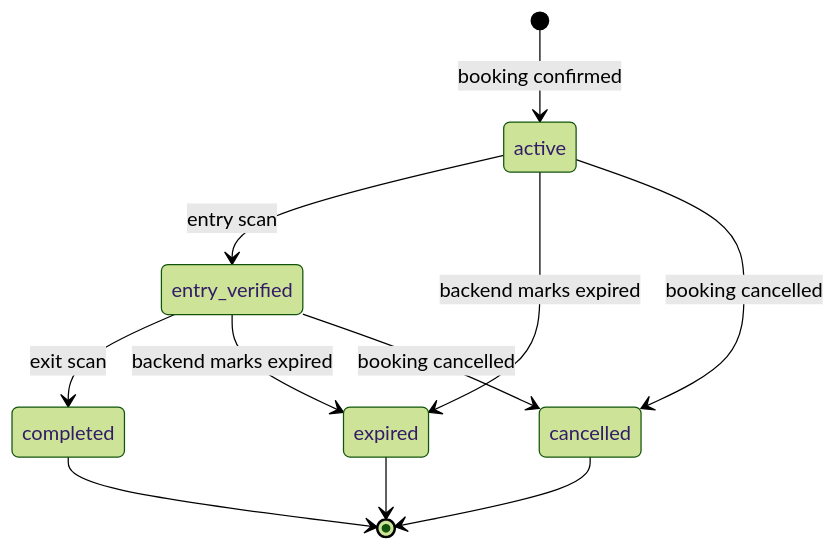
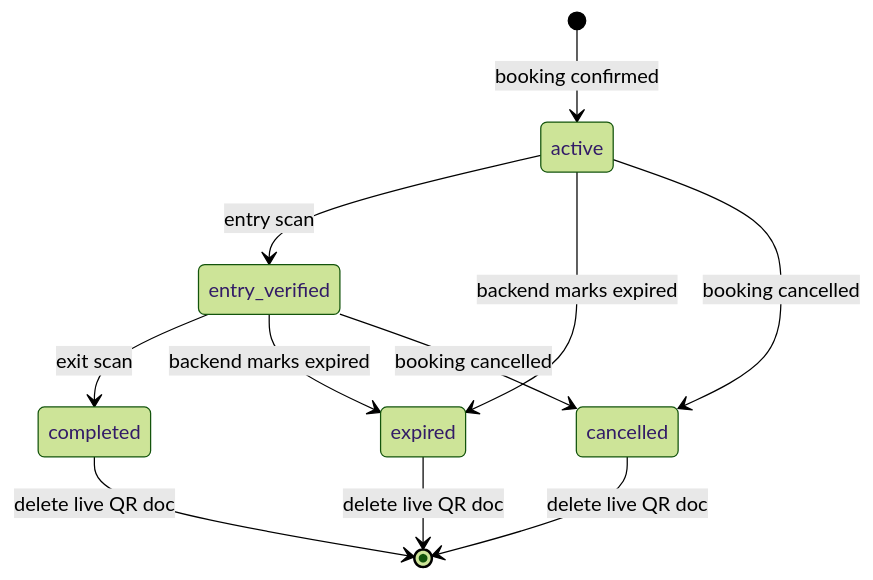
One commit to snehil-pandey/smart-parking-occupancy-system changed the diagram in docs/QR_VERIFICATION_FLOW.md. Above: the diagram before and after it, drawn with Mermaid (forest theme). The commit also changed other lines of this file and 6 other files, not shown here.

````diff
--- a/docs/QR_VERIFICATION_FLOW.md
+++ b/docs/QR_VERIFICATION_FLOW.md
@@ -43,13 +43,13 @@
 ```mermaid
 stateDiagram-v2
   [*] --> active: booking confirmed
   active --> entry_verified: entry scan
   entry_verified --> completed: exit scan
   active --> expired: backend marks expired
   entry_verified --> expired: backend marks expired
   active --> cancelled: booking cancelled
   entry_verified --> cancelled: booking cancelled
-  completed --> [*]
-  expired --> [*]
-  cancelled --> [*]
+  completed --> [*]: delete live QR doc
+  expired --> [*]: delete live QR doc
+  cancelled --> [*]: delete live QR doc
 ```
````
